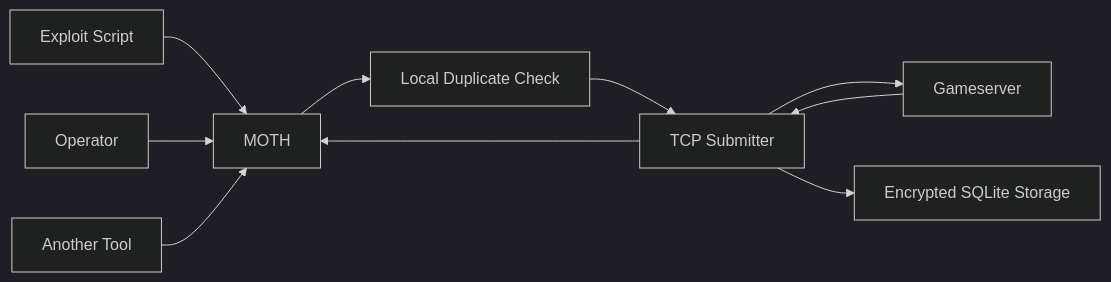
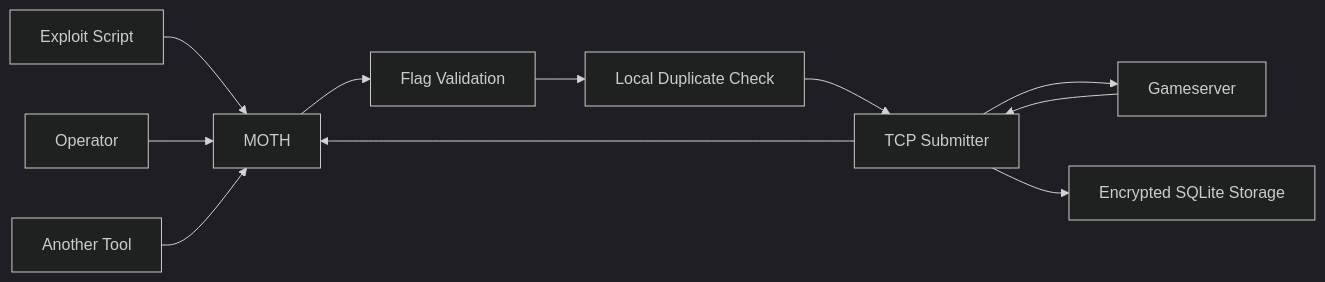
The first of 13 diagrams in README.md (Denis-Krueger-labs/MOTH), drawn with Mermaid (dark theme) before and after one commit. The commit also changed other lines of this file, not shown here.

````diff
--- a/README.md
+++ b/README.md
@@ -97,14 +100,15 @@
 ```mermaid
 flowchart LR
     A[Exploit Script] --> M[MOTH]
     B[Operator] --> M
     C[Another Tool] --> M
 
-    M --> D[Local Duplicate Check]
+    M --> V[Flag Validation]
+    V --> D[Local Duplicate Check]
     D --> S[TCP Submitter]
     S --> G[Gameserver]
 
     G --> S
     S --> E[Encrypted SQLite Storage]
     S --> M
 ```
````
